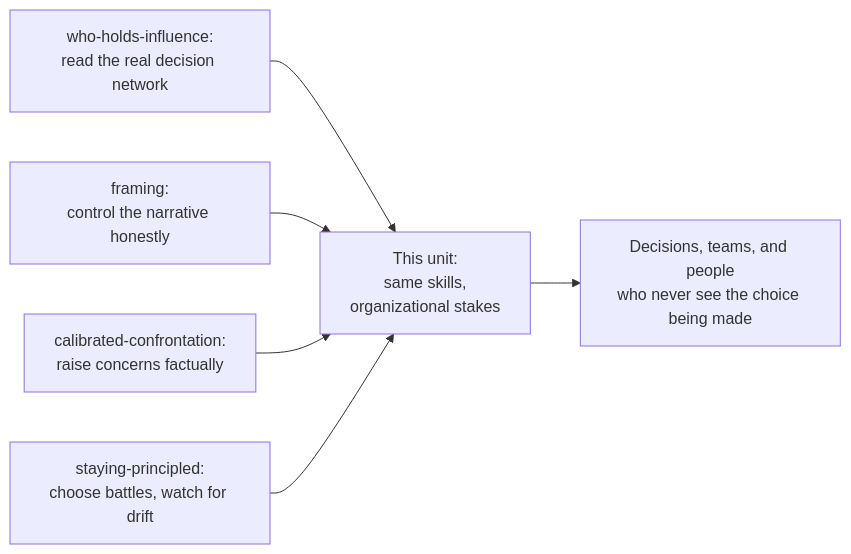
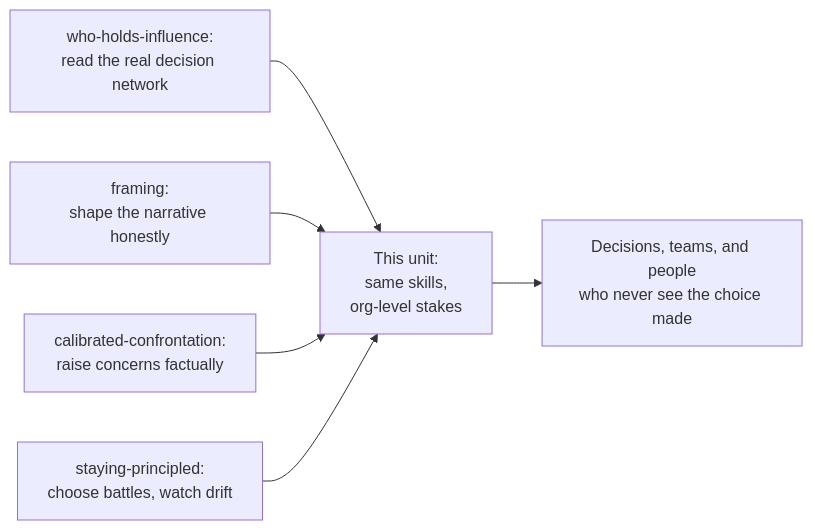
Before and after one commit to francoandreDev/knowledge: the first of 2 diagrams in src/content/corporate-politics/influence-tool-org-s-good/L2-concept.mdx, drawn with Mermaid. The commit also changed other lines of this file and 4 other files, not shown here.

Commit message:
Migrate corporate-politics/influence-tool-org-s-good to the three-tier exercise model

````diff
--- a/src/content/corporate-politics/influence-tool-org-s-good/L2-concept.mdx
+++ b/src/content/corporate-politics/influence-tool-org-s-good/L2-concept.mdx
@@ -29,8 +32,8 @@
 ```mermaid
 flowchart LR
-    A["who-holds-influence:<br/>read the real decision network"] --> F["This unit:<br/>same skills,<br/>organizational stakes"]
-    B["framing:<br/>control the narrative honestly"] --> F
+    A["who-holds-influence:<br/>read the real decision network"] --> F["This unit:<br/>same skills,<br/>org-level stakes"]
+    B["framing:<br/>shape the narrative honestly"] --> F
     C["calibrated-confrontation:<br/>raise concerns factually"] --> F
-    D["staying-principled:<br/>choose battles, watch for drift"] --> F
-    F --> G["Decisions, teams, and people<br/>who never see the choice being made"]
+    D["staying-principled:<br/>choose battles, watch drift"] --> F
+    F --> G["Decisions, teams, and people<br/>who never see the choice made"]
 ```
````
